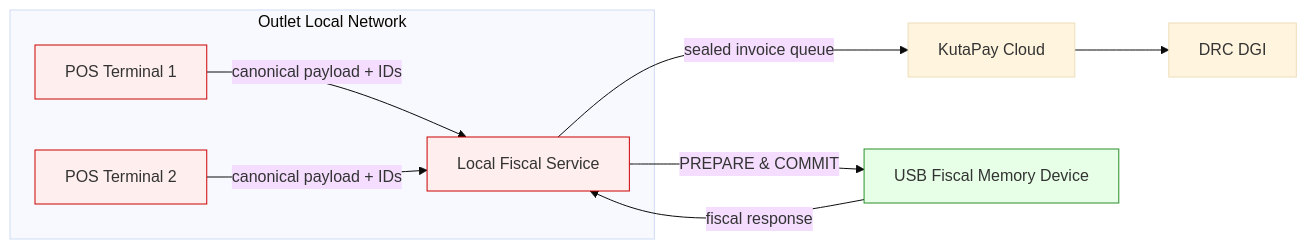
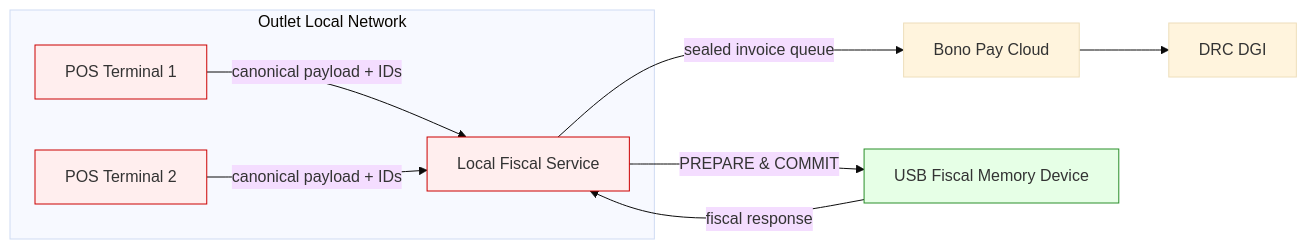
Before and after one commit to kupapay/docs: the fifth of 5 diagrams in design/docs/architecture/data-flow.md, drawn with Mermaid (base theme). The commit also changed 21 other files, not shown here.

Commit message:
docs: rename product from KutaPay to Bono Pay across all docs and diagrams

````diff
--- a/design/docs/architecture/data-flow.md
+++ b/design/docs/architecture/data-flow.md
@@ -110,24 +110,24 @@
 ```mermaid
 flowchart LR
     classDef untrusted fill:#fee,stroke:#c00;
     classDef trusted fill:#e6ffe6,stroke:#2a8f2a;
 
     subgraph Outlet ["Outlet Local Network"]
         POS1["POS Terminal 1"]
         POS2["POS Terminal 2"]
         Proxy["Local Fiscal Service"]
     end
-    Cloud["KutaPay Cloud"]
+    Cloud["Bono Pay Cloud"]
     DGI["DRC DGI"]
     DEF["USB Fiscal Memory Device"]
 
     POS1 -->|canonical payload + IDs| Proxy
     POS2 -->|canonical payload + IDs| Proxy
     Proxy -->|PREPARE & COMMIT| DEF
     DEF -->|fiscal response| Proxy
     Proxy -->|sealed invoice queue| Cloud
     Cloud --> DGI
 
     class POS1,POS2,Proxy untrusted
     class DEF trusted
 ```
````
